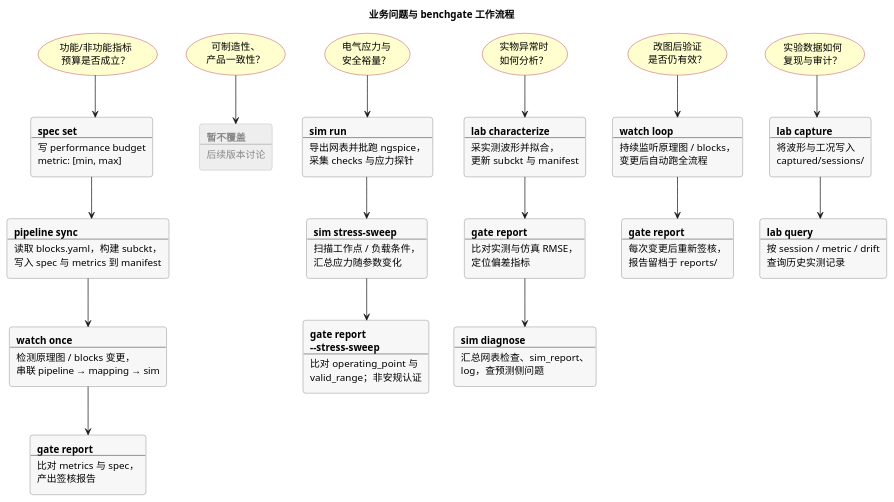
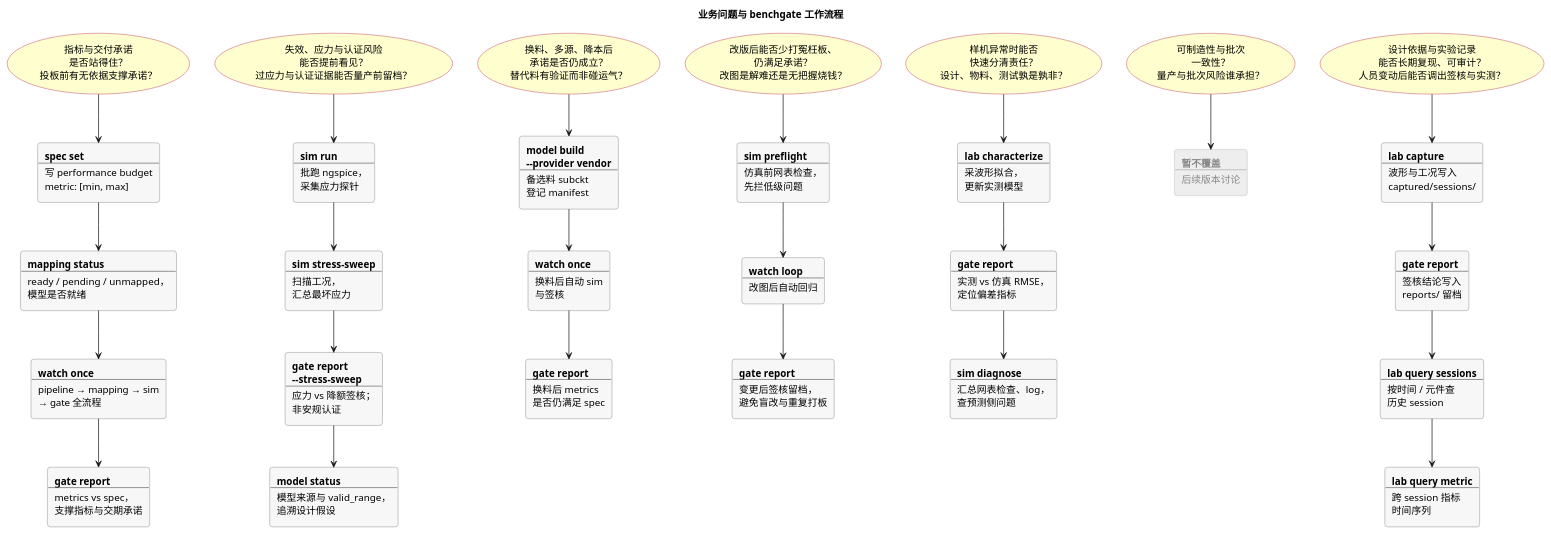
Before and after one commit to zhang1career/benchgate: the diagram in docs/diagrams/cli-usecase.puml, drawn with PlantUML. The commit also changed 1 other file, not shown here.

```diff
--- a/docs/diagrams/cli-usecase.puml
+++ b/docs/diagrams/cli-usecase.puml
@@ -8,144 +8,207 @@
   BorderColor #A80036
 }
 
-' 六列水平并排；每列顶部=业务问题，其下=命令自上而下
+' 整理说明（原 11 题 → 7 题）
+' 合并：指标预算+承诺交期 | 应力+失效认证 | 改图验证+改版成本 | 实验复现+争议审计
+' 归类：A 投板前(列1-3) · B 迭代样机(列4-5) · C 量产与追溯(列6-7)
+' 排序：按风险暴露时机，投板前 → 样机迭代 → 量产/组织
 ' 完整 CLI 索引见 command-map.puml
 
 left to right direction
 
+' ── A 投板前：把风险拦在样机之前 ──
+
 together {
   top to bottom direction
-  usecase "功能/非功能指标\n预算是否成立？" as P1
+  usecase "指标与交付承诺\n是否站得住？\n投板前有无依据支撑承诺？" as P1
   rectangle spec #F7F7F7;line:666666 [
     **spec set**
     ----
     写 performance budget
     metric: [min, max]
   ]
-  rectangle pipe #F7F7F7;line:666666 [
-    **pipeline sync**
+  rectangle mst #F7F7F7;line:666666 [
+    **mapping status**
     ----
-    读取 blocks.yaml，构建 subckt，
-    写入 spec 与 metrics 到 manifest
+    ready / pending / unmapped，
+    模型是否就绪
   ]
   rectangle w1 #F7F7F7;line:666666 [
     **watch once**
     ----
-    检测原理图 / blocks 变更，
-    串联 pipeline → mapping → sim
+    pipeline → mapping → sim
+    → gate 全流程
   ]
   rectangle g1 #F7F7F7;line:666666 [
     **gate report**
     ----
-    比对 metrics 与 spec，
-    产出签核报告
+    metrics vs spec，
+    支撑指标与交期承诺
   ]
   P1 -down-> spec
-  spec -down-> pipe
-  pipe -down-> w1
+  spec -down-> mst
+  mst -down-> w1
   w1 -down-> g1
 }
 
 together {
   top to bottom direction
-  usecase "可制造性、\n产品一致性？" as P2
+  usecase "失效、应力与认证风险\n能否提前看见？\n过应力与认证证据能否量产前留档？" as P2
+  rectangle sim #F7F7F7;line:666666 [
+    **sim run**
+    ----
+    批跑 ngspice，
+    采集应力探针
+  ]
+  rectangle ss #F7F7F7;line:666666 [
+    **sim stress-sweep**
+    ----
+    扫描工况，
+    汇总最坏应力
+  ]
+  rectangle g2 #F7F7F7;line:666666 [
+    **gate report**
+    **--stress-sweep**
+    ----
+    应力 vs 降额签核；
+    非安规认证
+  ]
+  rectangle ms2 #F7F7F7;line:666666 [
+    **model status**
+    ----
+    模型来源与 valid_range，
+    追溯设计假设
+  ]
+  P2 -down-> sim
+  sim -down-> ss
+  ss -down-> g2
+  g2 -down-> ms2
+}
+
+together {
+  top to bottom direction
+  usecase "换料、多源、降本后\n承诺是否仍成立？\n替代料有验证而非碰运气？" as P3
+  rectangle mb #F7F7F7;line:666666 [
+    **model build**
+    **--provider vendor**
+    ----
+    备选料 subckt
+    登记 manifest
+  ]
+  rectangle w3 #F7F7F7;line:666666 [
+    **watch once**
+    ----
+    换料后自动 sim
+    与签核
+  ]
+  rectangle g3 #F7F7F7;line:666666 [
+    **gate report**
+    ----
+    换料后 metrics
+    是否仍满足 spec
+  ]
+  P3 -down-> mb
+  mb -down-> w3
+  w3 -down-> g3
+}
+
+' ── B 迭代与样机：控制改版、查清问题 ──
+
+together {
+  top to bottom direction
+  usecase "改版后能否少打冤枉板、\n仍满足承诺？\n改图是解难还是无把握烧钱？" as P4
+  rectangle pf #F7F7F7;line:666666 [
+    **sim preflight**
+    ----
+    仿真前网表检查，
+    先拦低级问题
+  ]
+  rectangle wl #F7F7F7;line:666666 [
+    **watch loop**
+    ----
+    改图后自动回归
+  ]
+  rectangle g4 #F7F7F7;line:666666 [
+    **gate report**
+    ----
+    变更后签核留档，
+    避免盲改与重复打板
+  ]
+  P4 -down-> pf
+  pf -down-> wl
+  wl -down-> g4
+}
+
+together {
+  top to bottom direction
+  usecase "样机异常时能否\n快速分清责任？\n设计、物料、测试孰是孰非？" as P5
+  rectangle lc #F7F7F7;line:666666 [
+    **lab characterize**
+    ----
+    采波形拟合，
+    更新实测模型
+  ]
+  rectangle g5 #F7F7F7;line:666666 [
+    **gate report**
+    ----
+    实测 vs 仿真 RMSE，
+    定位偏差指标
+  ]
+  rectangle diag #F7F7F7;line:666666 [
+    **sim diagnose**
+    ----
+    汇总网表检查、log，
+    查预测侧问题
+  ]
+  P5 -down-> lc
+  lc -down-> g5
+  g5 -down-> diag
+}
+
+' ── C 量产与组织：一致性、可追溯 ──
+
+together {
+  top to bottom direction
+  usecase "可制造性与批次\n一致性？\n量产与批次风险谁承担？" as P6
   rectangle na #EEEEEE;line:AAAAAA;text:888888 [
     **暂不覆盖**
     ----
     后续版本讨论
   ]
-  P2 -down-> na
+  P6 -down-> na
 }
 
 together {
   top to bottom direction
-  usecase "电气应力与\n安全裕量？" as P3
-  rectangle sim #F7F7F7;line:666666 [
-    **sim run**
-    ----
-    导出网表并批跑 ngspice，
-    采集 checks 与应力探针
-  ]
-  rectangle ss #F7F7F7;line:666666 [
-    **sim stress-sweep**
-    ----
-    扫描工作点 / 负载条件，
-    汇总应力随参数变化
-  ]
-  rectangle g3 #F7F7F7;line:666666 [
-    **gate report**
-    **--stress-sweep**
-    ----
-    比对 operating_point 与
-    valid_range；非安规认证
-  ]
-  P3 -down-> sim
-  sim -down-> ss
-  ss -down-> g3
-}
-
-together {
-  top to bottom direction
-  usecase "实物异常时\n如何分析？" as P4
-  rectangle lc #F7F7F7;line:666666 [
-    **lab characterize**
-    ----
-    采实测波形并拟合，
-    更新 subckt 与 manifest
-  ]
-  rectangle g4 #F7F7F7;line:666666 [
-    **gate report**
-    ----
-    比对实测与仿真 RMSE，
-    定位偏差指标
-  ]
-  rectangle diag #F7F7F7;line:666666 [
-    **sim diagnose**
-    ----
-    汇总网表检查、sim_report、
-    log，查预测侧问题
-  ]
-  P4 -down-> lc
-  lc -down-> g4
-  g4 -down-> diag
-}
-
-together {
-  top to bottom direction
-  usecase "改图后验证\n是否仍有效？" as P5
-  rectangle wl #F7F7F7;line:666666 [
-    **watch loop**
-    ----
-    持续监听原理图 / blocks，
-    变更后自动跑全流程
-  ]
-  rectangle g5 #F7F7F7;line:666666 [
-    **gate report**
-    ----
-    每次变更后重新签核，
-    报告留档于 reports/
-  ]
-  P5 -down-> wl
-  wl -down-> g5
-}
-
-together {
-  top to bottom direction
-  usecase "实验数据如何\n复现与审计？" as P6
+  usecase "设计依据与实验记录\n能否长期复现、可审计？\n人员变动后能否调出签核与实测？" as P7
   rectangle cap #F7F7F7;line:666666 [
     **lab capture**
     ----
-    将波形与工况写入
+    波形与工况写入
     captured/sessions/
   ]
-  rectangle lq #F7F7F7;line:666666 [
-    **lab query**
+  rectangle g7 #F7F7F7;line:666666 [
+    **gate report**
     ----
-    按 session / metric / drift
-    查询历史实测记录
+    签核结论写入
+    reports/ 留档
   ]
-  P6 -down-> cap
-  cap -down-> lq
+  rectangle lqs #F7F7F7;line:666666 [
+    **lab query sessions**
+    ----
+    按时间 / 元件查
+    历史 session
+  ]
+  rectangle lqm #F7F7F7;line:666666 [
+    **lab query metric**
+    ----
+    跨 session 指标
+    时间序列
+  ]
+  P7 -down-> cap
+  cap -down-> g7
+  g7 -down-> lqs
+  lqs -down-> lqm
 }
 
 P1 -[hidden]right- P2
@@ -153,5 +216,6 @@
 P3 -[hidden]right- P4
 P4 -[hidden]right- P5
 P5 -[hidden]right- P6
+P6 -[hidden]right- P7
 
 @enduml
```
